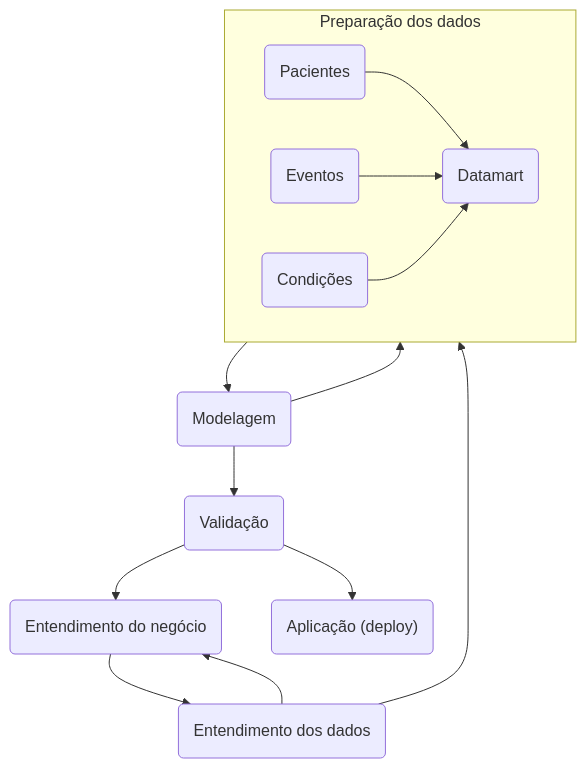
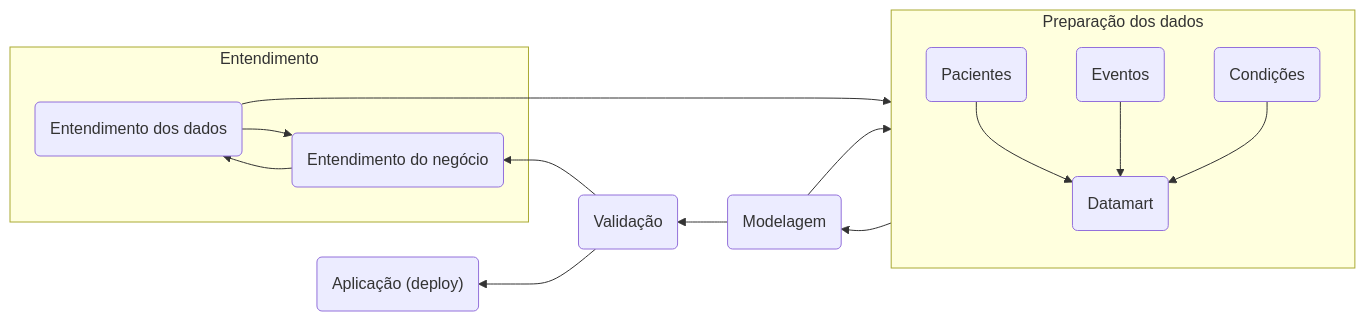
The diagram in README.md (brolesi/ds4h), drawn with Mermaid before and after one commit. The commit also changed other lines of this file, not shown here.

````diff
--- a/README.md
+++ b/README.md
@@ -38,18 +38,20 @@
 ```mermaid
-flowchart  TB;
+flowchart  RL;
+subgraph 99[Entendimento]
 id1(Entendimento do negócio) --> id2(Entendimento dos dados);
 id2(Entendimento dos dados) --> id1(Entendimento do negócio) ;
+end
 id2(Entendimento dos dados) --> id100[Preparação dos dados];
 subgraph id100[Preparação dos dados]
 id101(Pacientes) --> id104(Datamart);
 id102(Eventos)   --> id104(Datamart);
 id103(Condições) --> id104(Datamart);
 end
 
 id100[Preparação dos dados] --> id4(Modelagem)
 id4(Modelagem) --> id100[Preparação dos dados];
 id4(Modelagem) --> id5(Validação);
 id5(Validação) --> id1(Entendimento do negócio);
 id5(Validação) --> id6("Aplicação (deploy)");
 
 ```
````
